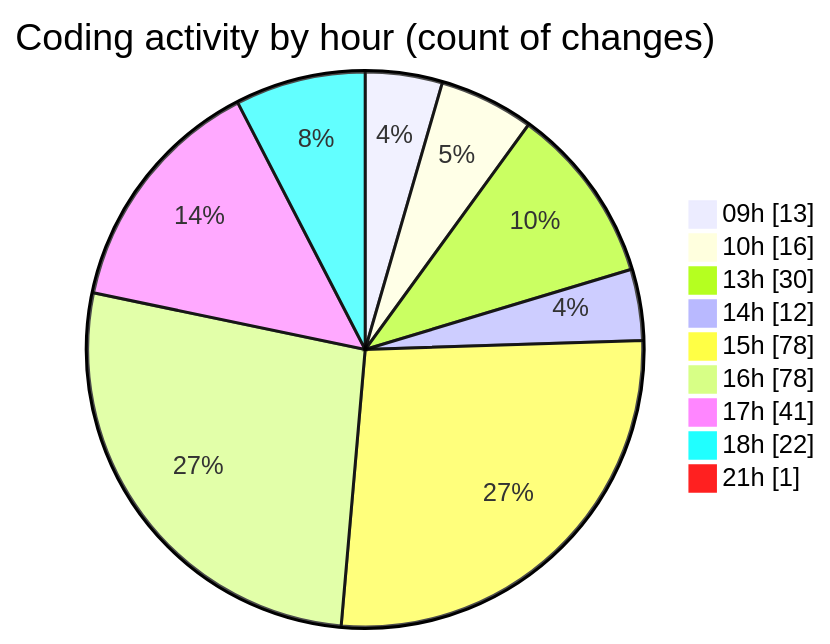
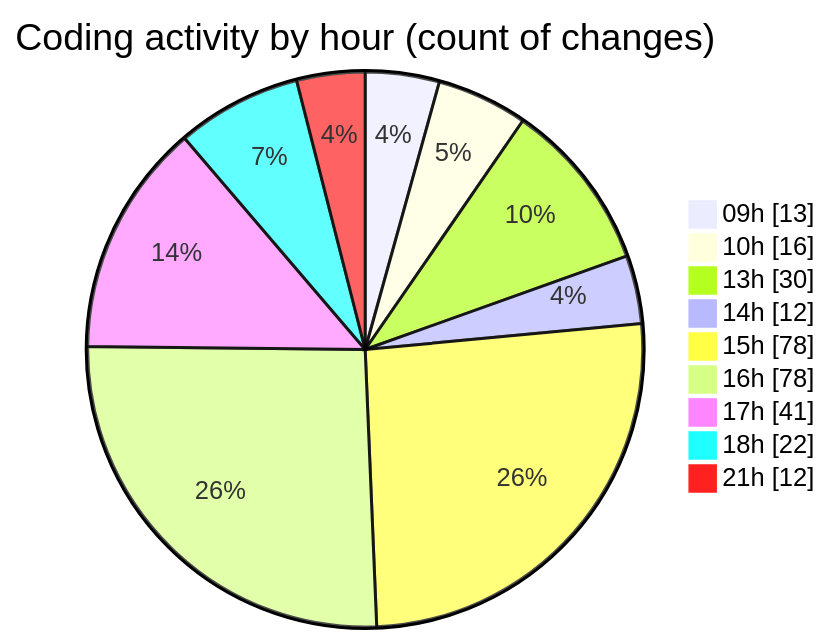
Before and after one commit to momahboobian/code-tracking: the second of 2 diagrams in 2025-03-31/cda/README.md, drawn with Mermaid. The commit also changed other lines of this file and 1 other file, not shown here.

````diff
--- a/2025-03-31/cda/README.md
+++ b/2025-03-31/cda/README.md
@@ -50,13 +50,13 @@
 ```mermaid
 pie showData
 title Coding activity by hour (count of changes)
 "09h" : 13
 "10h" : 16
 "13h" : 30
 "14h" : 12
 "15h" : 78
 "16h" : 78
 "17h" : 41
 "18h" : 22
-"21h" : 1
+"21h" : 12
 ```
````
